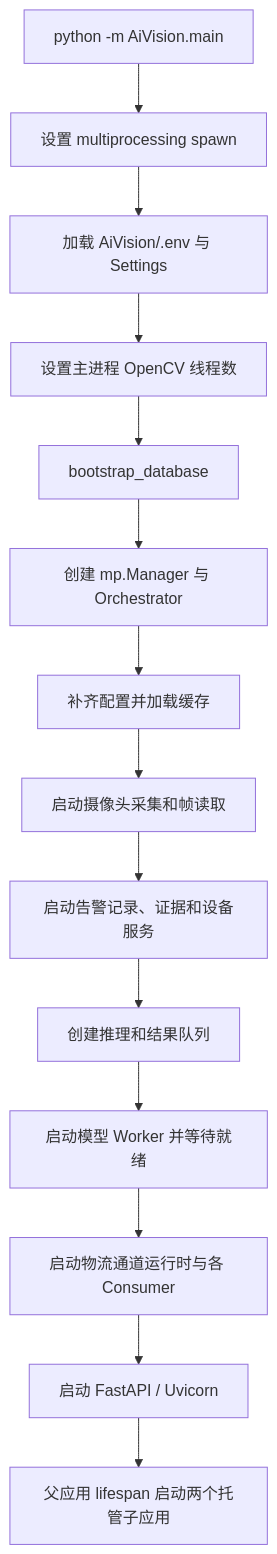
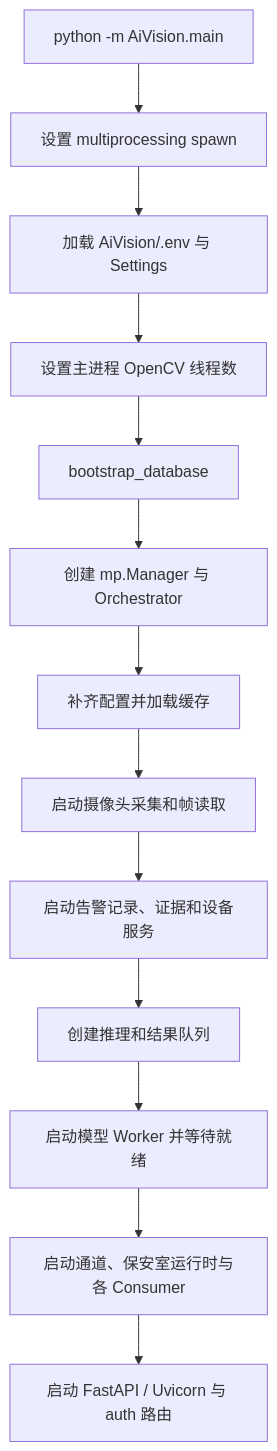
Before and after one commit to asmellperson/CVproject1: the second of 3 diagrams in AiVision/README.md, drawn with Mermaid. The commit also changed other lines of this file and 4 other files, not shown here.

````diff
--- a/AiVision/README.md
+++ b/AiVision/README.md
@@ -160,16 +162,15 @@
 ```mermaid
 flowchart TD
     Main[python -m AiVision.main] --> Spawn[设置 multiprocessing spawn]
     Spawn --> Env[加载 AiVision/.env 与 Settings]
     Env --> CV[设置主进程 OpenCV 线程数]
     CV --> DB[bootstrap_database]
     DB --> Manager[创建 mp.Manager 与 Orchestrator]
     Manager --> Config[补齐配置并加载缓存]
     Config --> Capture[启动摄像头采集和帧读取]
     Capture --> Alarm[启动告警记录、证据和设备服务]
     Alarm --> Queue[创建推理和结果队列]
     Queue --> Worker[启动模型 Worker 并等待就绪]
-    Worker --> Consumer[启动物流通道运行时与各 Consumer]
-    Consumer --> HTTP[启动 FastAPI / Uvicorn]
-    HTTP --> Integration[父应用 lifespan 启动两个托管子应用]
+    Worker --> Consumer[启动通道、保安室运行时与各 Consumer]
+    Consumer --> HTTP[启动 FastAPI / Uvicorn 与 auth 路由]
 ```
````
